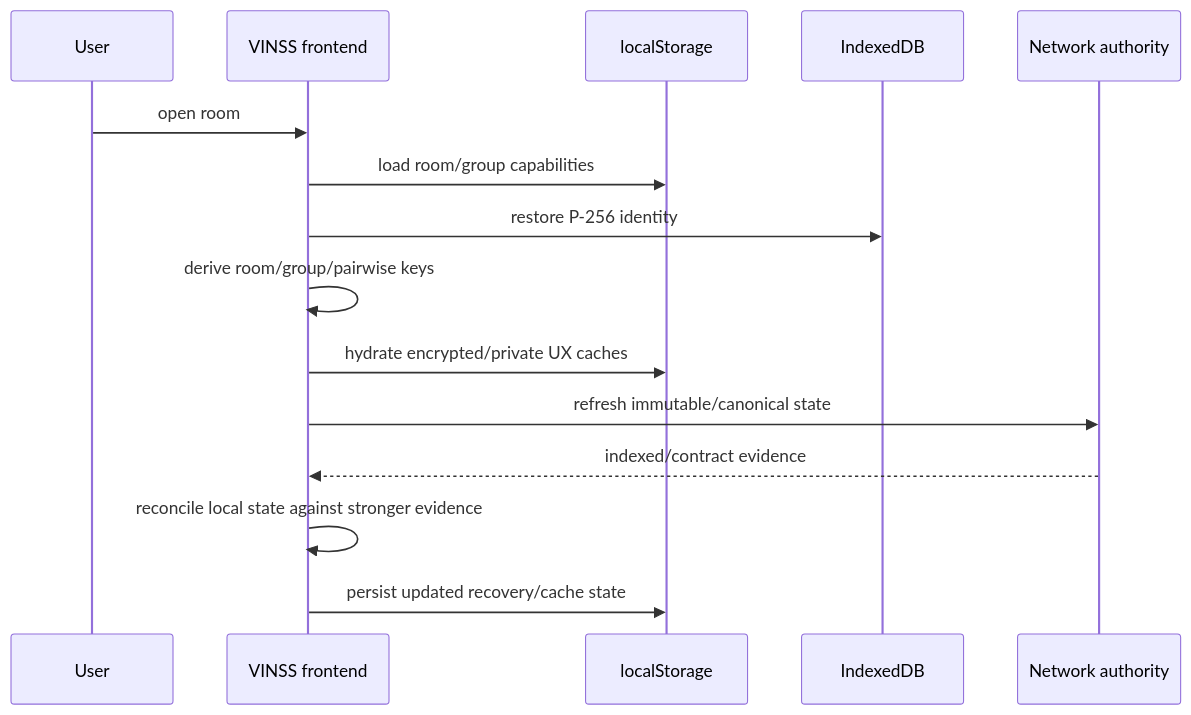
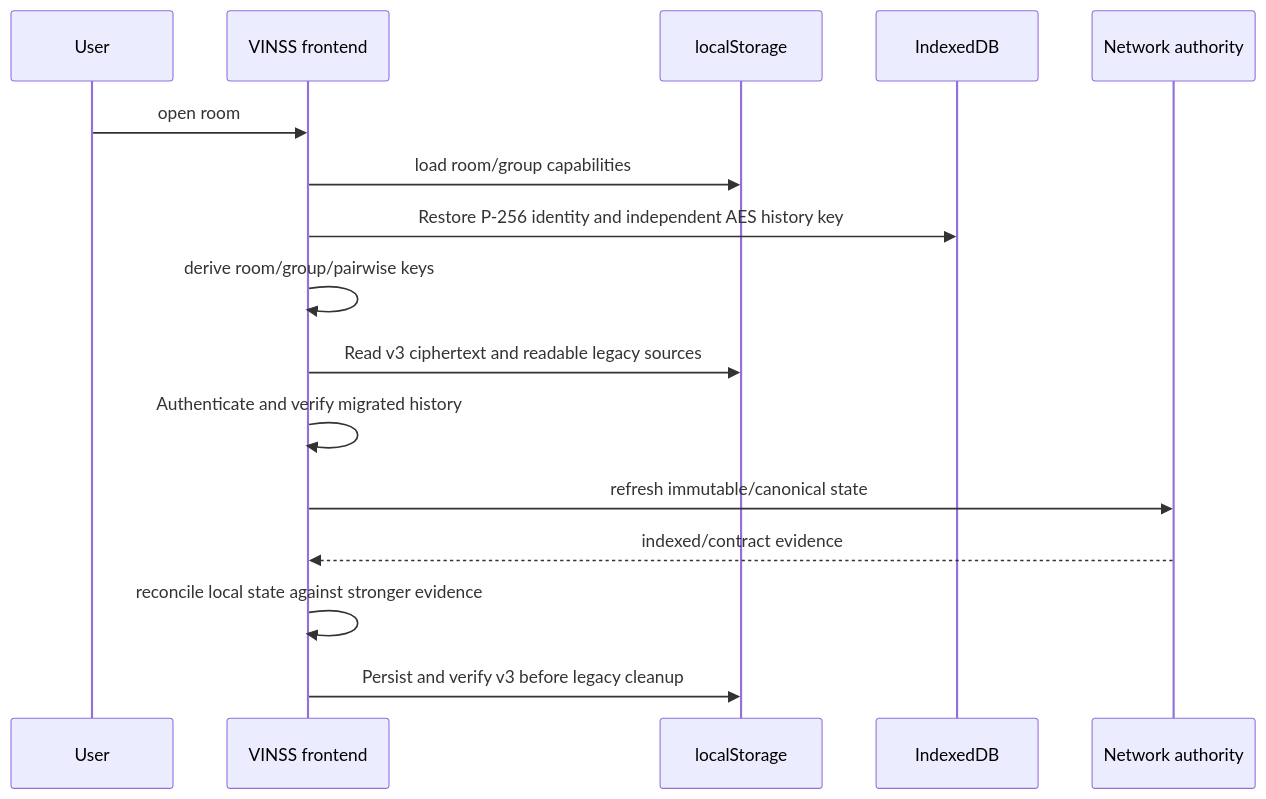
One commit to DXJLabs/vinss changed the third of 9 diagrams in docs/technical/frontend/local-state.md. Above: the diagram before and after it, drawn with Mermaid. The commit also changed other lines of this file and 8 other files, not shown here.

Commit message:
docs: refresh messaging architecture, code maps and Mermaid; verify Offer rails

````diff
--- a/docs/technical/frontend/local-state.md
+++ b/docs/technical/frontend/local-state.md
@@ -2234,18 +2224,19 @@
 ```mermaid
 sequenceDiagram
     participant U as User
     participant UI as VINSS frontend
     participant LS as localStorage
     participant IDB as IndexedDB
     participant N as Network authority
 
     U->>UI: open room
     UI->>LS: load room/group capabilities
-    UI->>IDB: restore P-256 identity
+    UI->>IDB: Restore P-256 identity and independent AES history key
     UI->>UI: derive room/group/pairwise keys
-    UI->>LS: hydrate encrypted/private UX caches
+    UI->>LS: Read v3 ciphertext and readable legacy sources
+    UI->>UI: Authenticate and verify migrated history
     UI->>N: refresh immutable/canonical state
     N-->>UI: indexed/contract evidence
     UI->>UI: reconcile local state against stronger evidence
-    UI->>LS: persist updated recovery/cache state
+    UI->>LS: Persist and verify v3 before legacy cleanup
 ```
````
